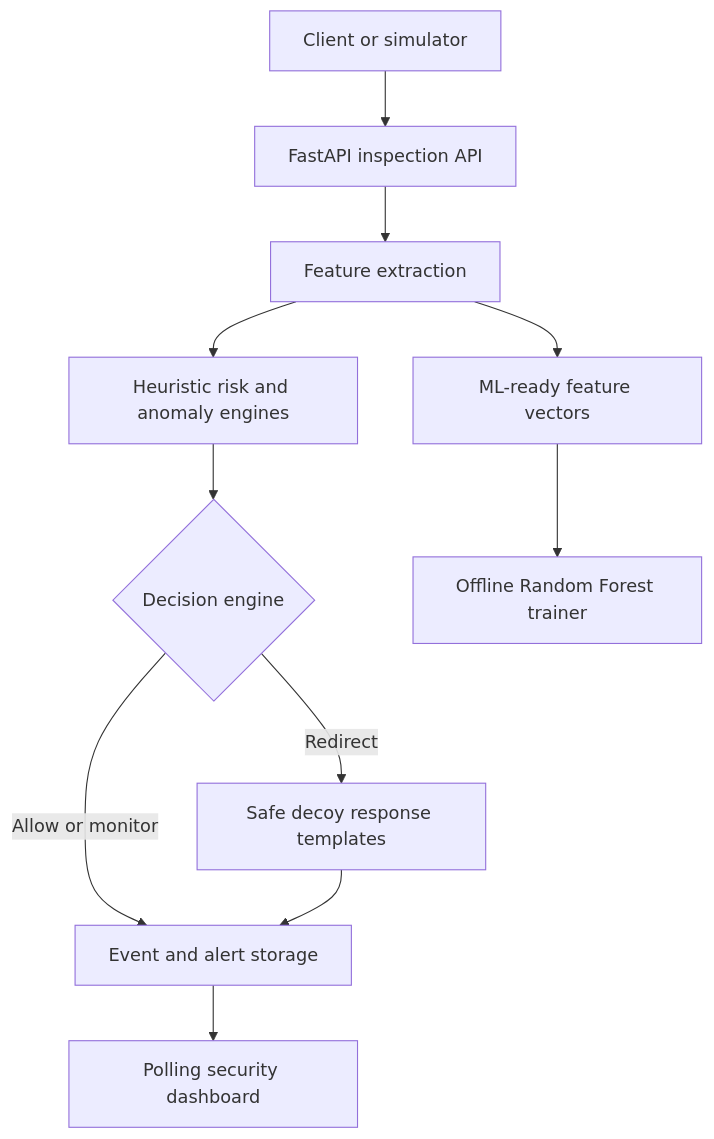
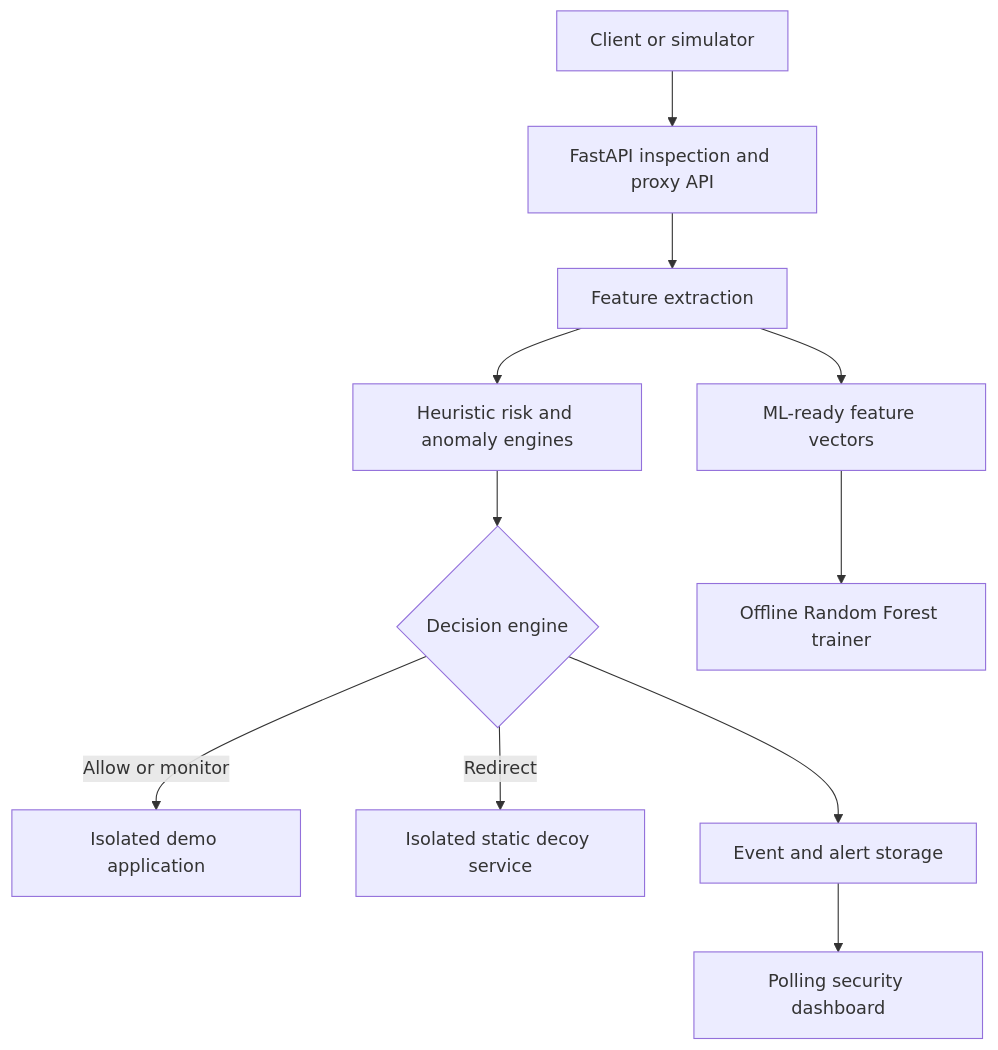
Before and after one commit to rafienajwan/mirage: the first of 2 diagrams in docs/architecture.md, drawn with Mermaid. The commit also changed other lines of this file and 4 other files, not shown here.

Commit message:
docs: document proxy routing architecture

````diff
--- a/docs/architecture.md
+++ b/docs/architecture.md
@@ -5,13 +5,13 @@
 ```mermaid
 graph TD
-    A[Client or simulator] --> B[FastAPI inspection API]
+    A[Client or simulator] --> B[FastAPI inspection and proxy API]
     B --> C[Feature extraction]
     C --> D[Heuristic risk and anomaly engines]
     D --> E{Decision engine}
-    E -->|Allow or monitor| F[Event and alert storage]
-    E -->|Redirect| G[Safe decoy response templates]
-    G --> F
-    F --> H[Polling security dashboard]
+    E -->|Allow or monitor| F[Isolated demo application]
+    E -->|Redirect| G[Isolated static decoy service]
+    E --> H[Event and alert storage]
+    H --> K[Polling security dashboard]
     C --> I[ML-ready feature vectors]
     I --> J[Offline Random Forest trainer]
 ```
````
